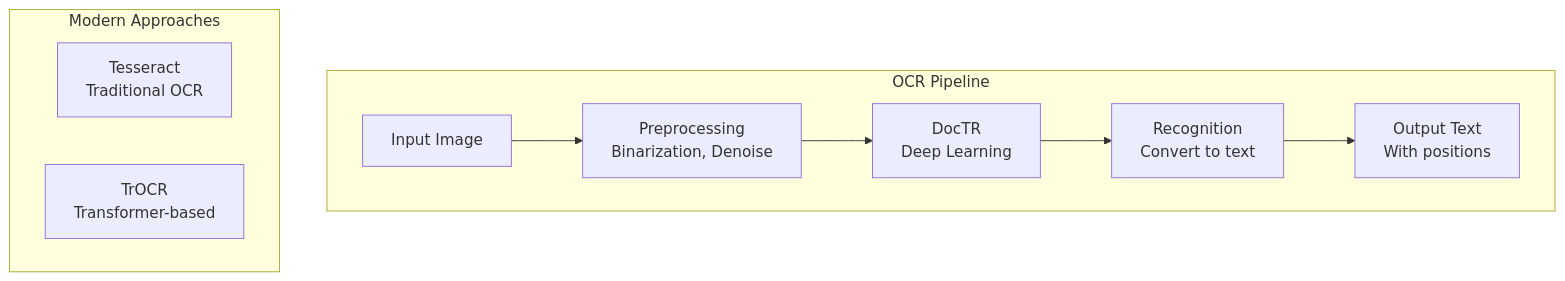
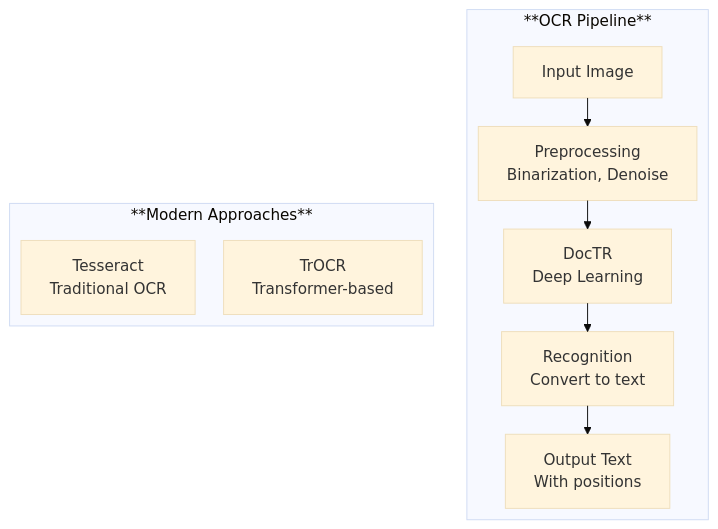
Before and after one commit to Vineet-Sharma-Medium-Stories/Medium-Build-Tool: the diagram in The 2026 AI Metromap/The 2026 AI Metromap: Computer Vision Projects – From OCR to Face Recognition.md, drawn with Mermaid. The commit also changed 37 other files, not shown here.

````diff
--- a/The 2026 AI Metromap/The 2026 AI Metromap: Computer Vision Projects – From OCR to Face Recognition.md
+++ b/The 2026 AI Metromap/The 2026 AI Metromap: Computer Vision Projects – From OCR to Face Recognition.md
@@ -81,15 +81,20 @@
 ```mermaid
+---
+config:
+  theme: base
+  layout: elk
+---
 graph TD
-    subgraph "OCR Pipeline"
+    subgraph "**OCR Pipeline**"
         I[Input Image] --> P[Preprocessing<br/>Binarization, Denoise]
         P --> D[Detection<br/>Find text regions]
         D --> R[Recognition<br/>Convert to text]
         R --> O[Output Text<br/>With positions]
     end
     
-    subgraph "Modern Approaches"
+    subgraph "**Modern Approaches**"
         T[Tesseract<br/>Traditional OCR]
         V[TrOCR<br/>Transformer-based]
         D[DocTR<br/>Deep Learning]
     end
 ```
````
